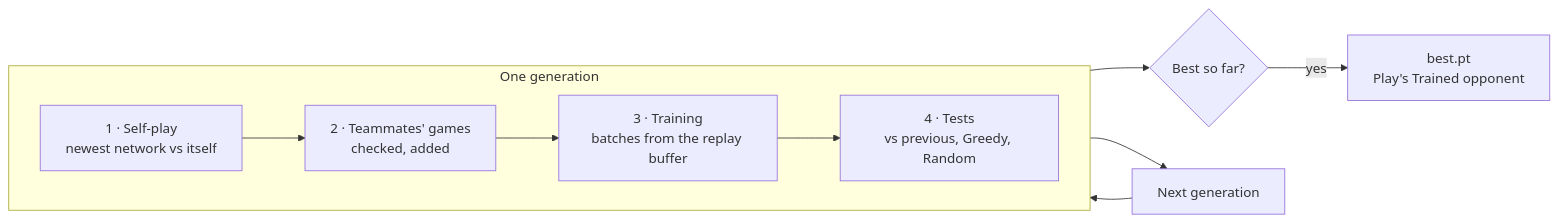
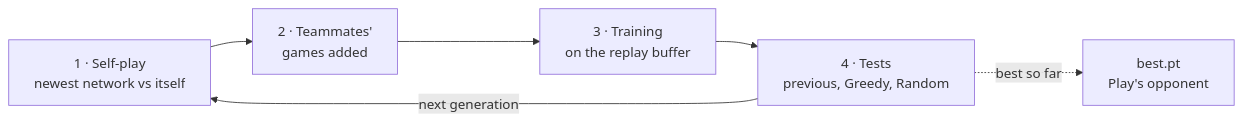
Before and after one commit to Aditya-00786/csf407-fable-chaturanga-zero: the first of 3 diagrams in docs/TRAINING.md, drawn with Mermaid. The commit also changed 1 other file, not shown here.

Commit message:
docs: compact diagrams of a generation and of the Training page

````diff
--- a/docs/TRAINING.md
+++ b/docs/TRAINING.md
@@ -8,13 +8,6 @@
 ```mermaid
 flowchart LR
-    subgraph G[One generation]
-        direction LR
-        SP[1 · Self-play<br/>newest network vs itself] --> IN[2 · Teammates' games<br/>checked, added]
-        IN --> TR[3 · Training<br/>batches from the replay buffer]
-        TR --> EV[4 · Tests<br/>vs previous, Greedy, Random]
-    end
-    EV --> BEST{Best so far?}
-    BEST -- yes --> PUB[best.pt<br/>Play's Trained opponent]
-    EV --> NEXT[Next generation]
-    NEXT --> SP
+    SP["1 · Self-play<br/>newest network vs itself"] --> IN["2 · Teammates'<br/>games added"] --> TR["3 · Training<br/>on the replay buffer"] --> EV["4 · Tests<br/>previous, Greedy, Random"]
+    EV -- next generation --> SP
+    EV -. best so far .-> PUB["best.pt<br/>Play's opponent"]
 ```
````
